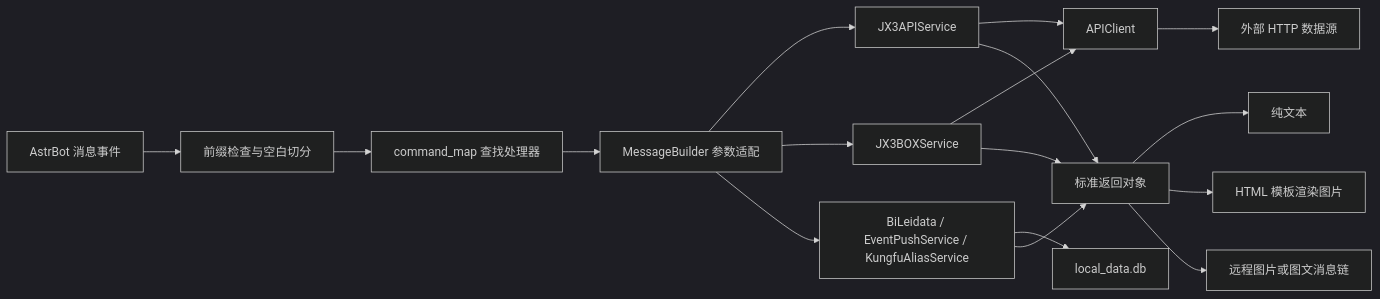
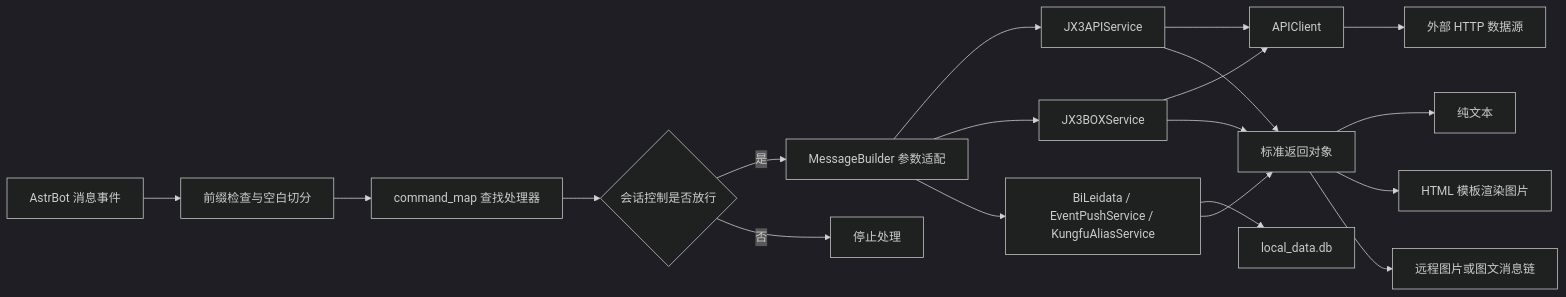
One commit to qsc20001102/astrbot_plugin_jx3 changed the diagram in README.md. Above: the diagram before and after it, drawn with Mermaid (dark theme). The commit also changed other lines of this file and 16 other files, not shown here.

````diff
--- a/README.md
+++ b/README.md
@@ -298,19 +300,21 @@
 ```mermaid
 flowchart LR
     A["AstrBot 消息事件"] --> B["前缀检查与空白切分"]
     B --> C["command_map 查找处理器"]
-    C --> D["MessageBuilder 参数适配"]
+    C --> K{"会话控制是否放行"}
+    K -->|是| D["MessageBuilder 参数适配"]
+    K -->|否| X["停止处理"]
     D --> E1["JX3APIService"]
     D --> E2["JX3BOXService"]
     D --> E3["BiLeidata / EventPushService / KungfuAliasService"]
     E1 --> F["APIClient"]
     E2 --> F
     F --> G["外部 HTTP 数据源"]
     E3 --> H["local_data.db"]
     E1 --> I["标准返回对象"]
     E2 --> I
     E3 --> I
     I --> J1["纯文本"]
     I --> J2["HTML 模板渲染图片"]
     I --> J3["远程图片或图文消息链"]
 ```
````
